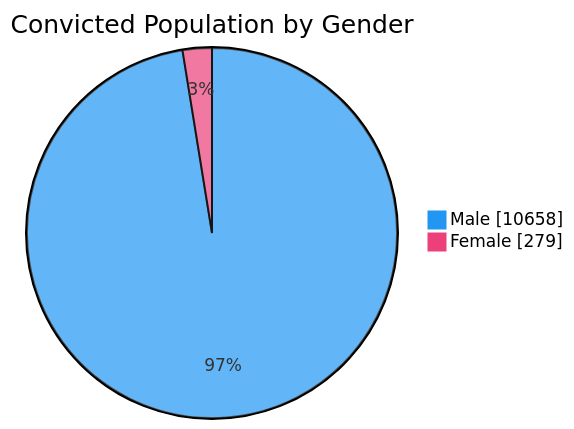
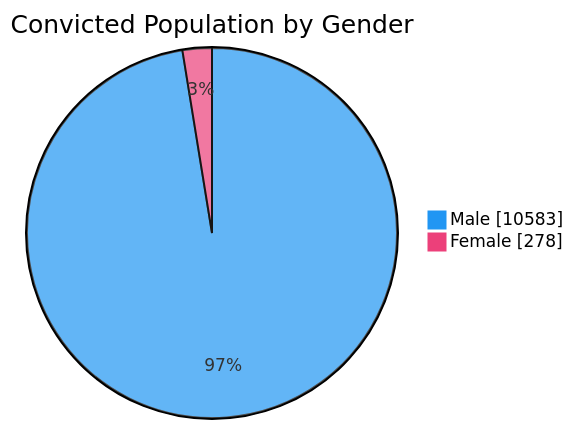
One commit to nuuuwan/lk_prisons changed the third of 7 diagrams in README.md. Above: the diagram before and after it, drawn with Mermaid. The commit also changed other lines of this file and 1 other file, not shown here.

````diff
--- a/README.md
+++ b/README.md
@@ -65,6 +65,6 @@
 ```mermaid
 %%{init: {'themeVariables': {'pie1': '#2196F3', 'pie2': '#EC407A'}}}%%
 pie showData title Convicted Population by Gender
-    "Male" : 10658
-    "Female" : 279
+    "Male" : 10583
+    "Female" : 278
 ```
````
